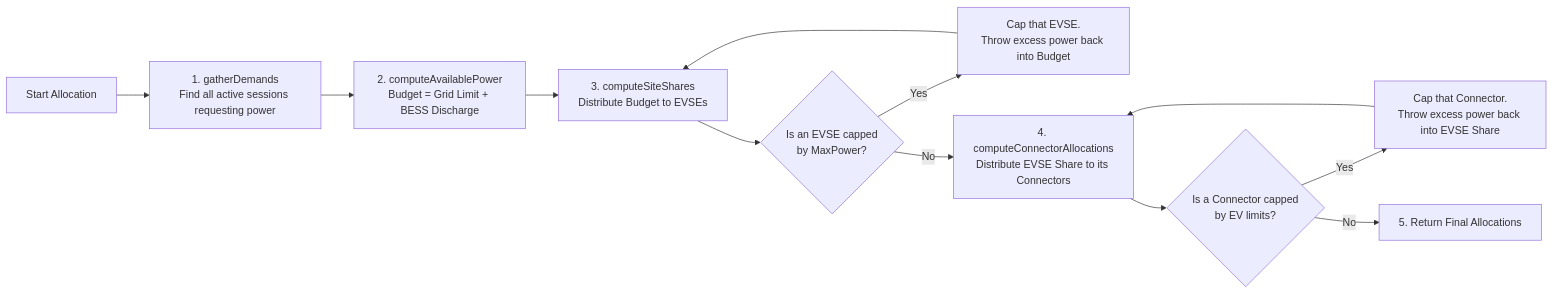
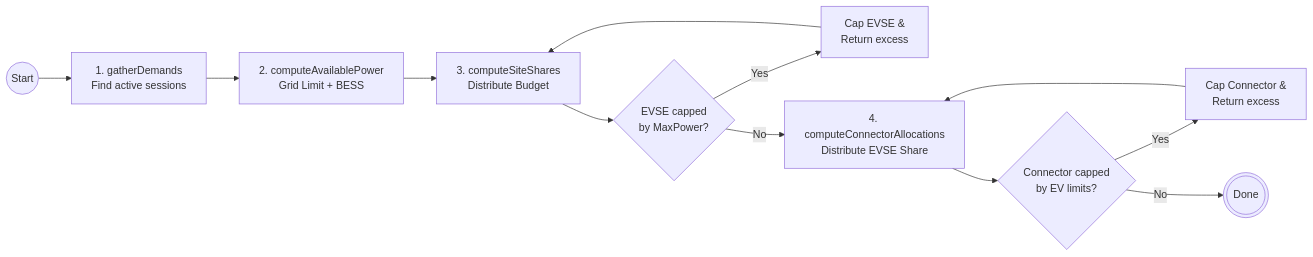
One commit to hugo-HDSF/sems-electra-ao changed the third of 3 diagrams in README.md. Above: the diagram before and after it, drawn with Mermaid.

Commit message:
docs: optimize mermaid flowchart layout for better compactness

````diff
--- a/README.md
+++ b/README.md
@@ -133,20 +133,20 @@
 ```mermaid
 flowchart LR
-    Start[Start Allocation] --> Gather[1. gatherDemands\nFind all active sessions requesting power]
-    Gather --> Budget[2. computeAvailablePower\nBudget = Grid Limit + BESS Discharge]
+    Start((Start)) --> Gather[1. gatherDemands<br>Find active sessions]
+    Gather --> Budget[2. computeAvailablePower<br>Grid Limit + BESS]
     
-    Budget --> SplitSite[3. computeSiteShares\nDistribute Budget to EVSEs]
-    SplitSite --> Iter1{Is an EVSE capped\nby MaxPower?}
+    Budget --> SplitSite[3. computeSiteShares<br>Distribute Budget]
+    SplitSite --> Iter1{EVSE capped<br>by MaxPower?}
     
-    Iter1 -- Yes --> Cap1[Cap that EVSE.\nThrow excess power back into Budget]
+    Iter1 -- Yes --> Cap1[Cap EVSE &<br>Return excess]
     Cap1 --> SplitSite
     
-    Iter1 -- No --> SplitConn[4. computeConnectorAllocations\nDistribute EVSE Share to its Connectors]
+    Iter1 -- No --> SplitConn[4. computeConnectorAllocations<br>Distribute EVSE Share]
     
-    SplitConn --> Iter2{Is a Connector capped\nby EV limits?}
+    SplitConn --> Iter2{Connector capped<br>by EV limits?}
     
-    Iter2 -- Yes --> Cap2[Cap that Connector.\nThrow excess power back into EVSE Share]
+    Iter2 -- Yes --> Cap2[Cap Connector &<br>Return excess]
     Cap2 --> SplitConn
     
-    Iter2 -- No --> Done[5. Return Final Allocations]
+    Iter2 -- No --> Done(((Done)))
 ```
````
